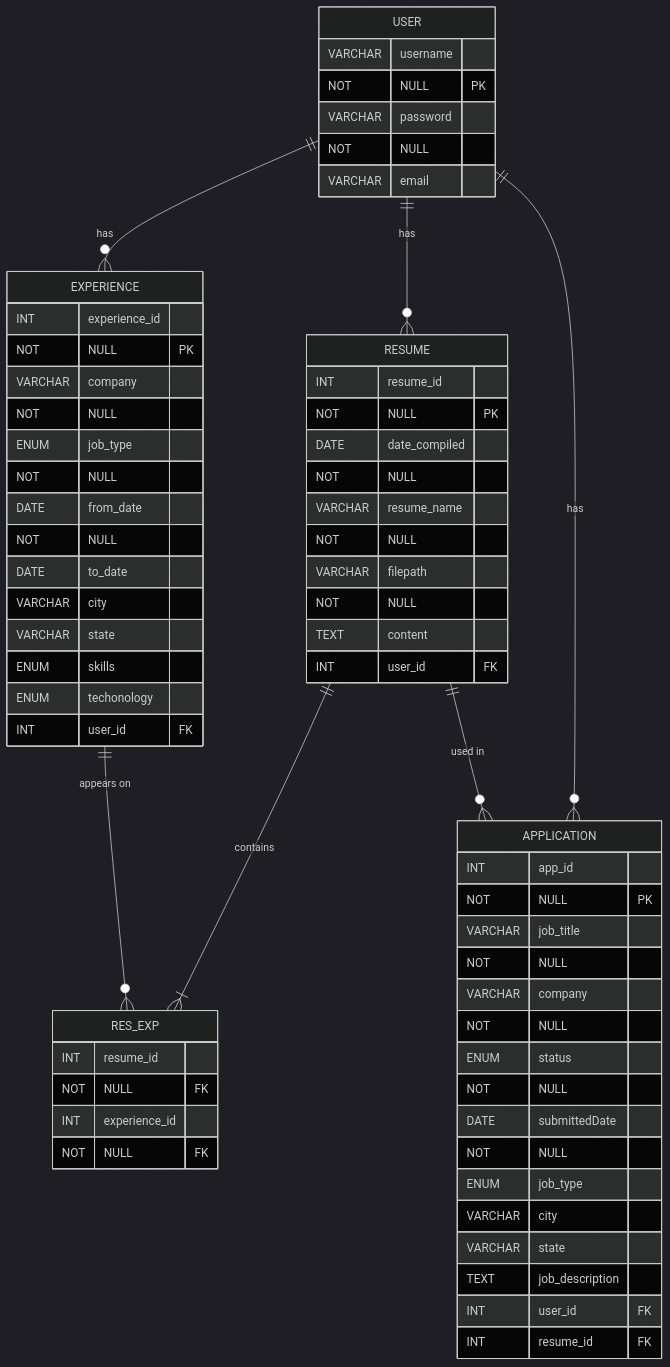
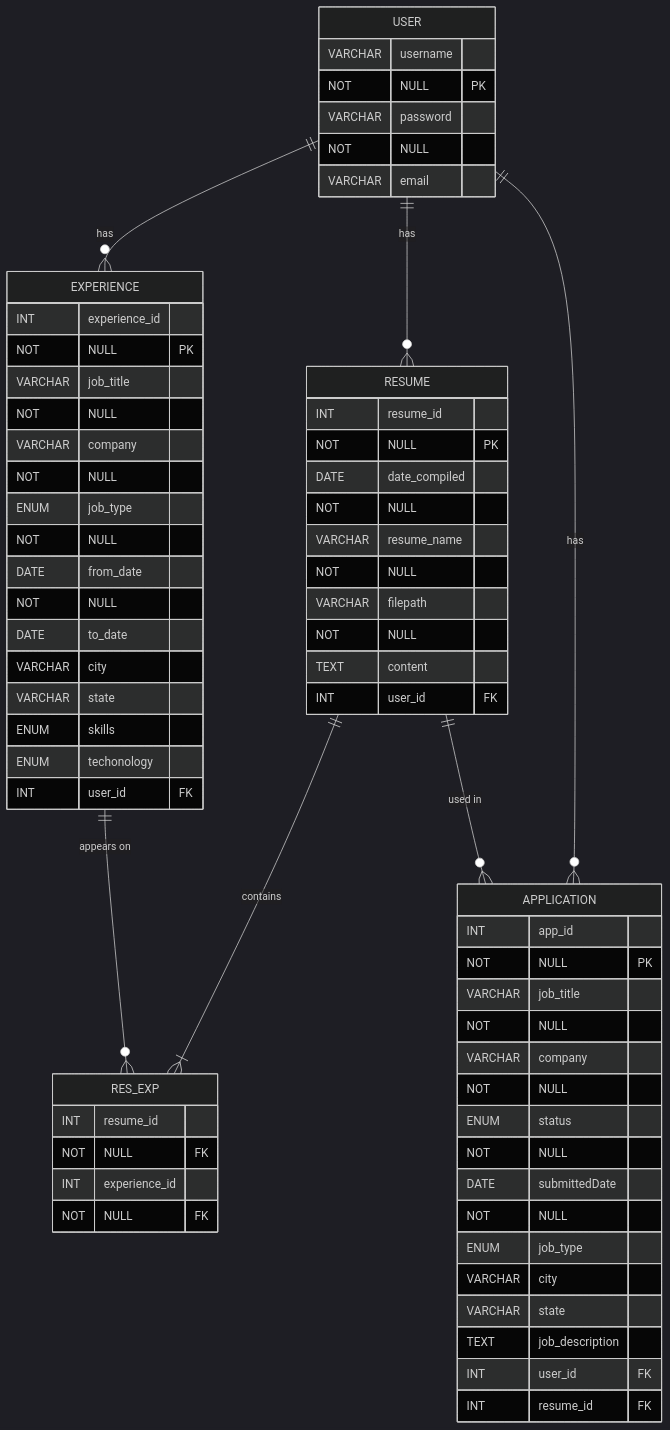
Before and after one commit to ajtroup1/AIS-2025: the first of 2 diagrams in docs/DATA.md, drawn with Mermaid (dark theme). The commit also changed other lines of this file and 1 other file, not shown here.

````diff
--- a/docs/DATA.md
+++ b/docs/DATA.md
@@ -11,52 +11,53 @@
 ```mermaid
 erDiagram
     USER {
         VARCHAR username NOT NULL PK
         VARCHAR password NOT NULL
         VARCHAR email
     }
     EXPERIENCE{
         INT experience_id NOT NULL PK
+        VARCHAR job_title NOT NULL
         VARCHAR company NOT NULL
         ENUM job_type NOT NULL
         DATE from_date NOT NULL
         DATE to_date
         VARCHAR city
         VARCHAR state
         ENUM skills
         ENUM techonology
         INT user_id FK
     }
     RESUME {
         INT resume_id NOT NULL PK
         DATE date_compiled NOT NULL
         VARCHAR resume_name NOT NULL
         VARCHAR filepath NOT NULL
         TEXT content
         INT user_id FK
     }
     RES_EXP {
         INT resume_id NOT NULL FK
         INT experience_id NOT NULL FK
     }
     APPLICATION {
         INT app_id NOT NULL PK
         VARCHAR job_title NOT NULL
         VARCHAR company NOT NULL
         ENUM status NOT NULL
         DATE submittedDate NOT NULL
         ENUM job_type
         VARCHAR city
         VARCHAR state
         TEXT job_description
         INT user_id FK
         INT resume_id FK
     }
 
     USER ||--o{ EXPERIENCE : "has"
     USER ||--o{ RESUME : "has"
     USER ||--o{ APPLICATION : "has"
     EXPERIENCE ||--o{ RES_EXP : "appears on"
     RESUME ||--|{ RES_EXP : "contains"
     RESUME ||--o{ APPLICATION : "used in"
 ```
````
